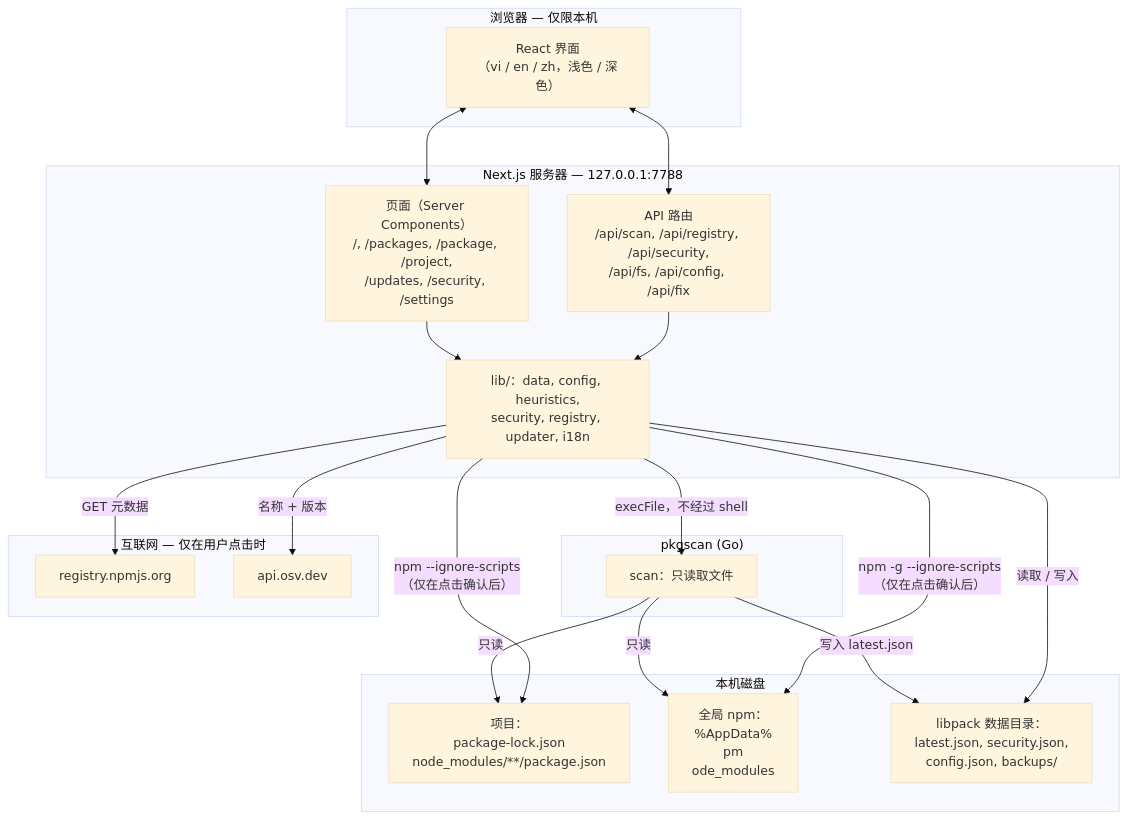
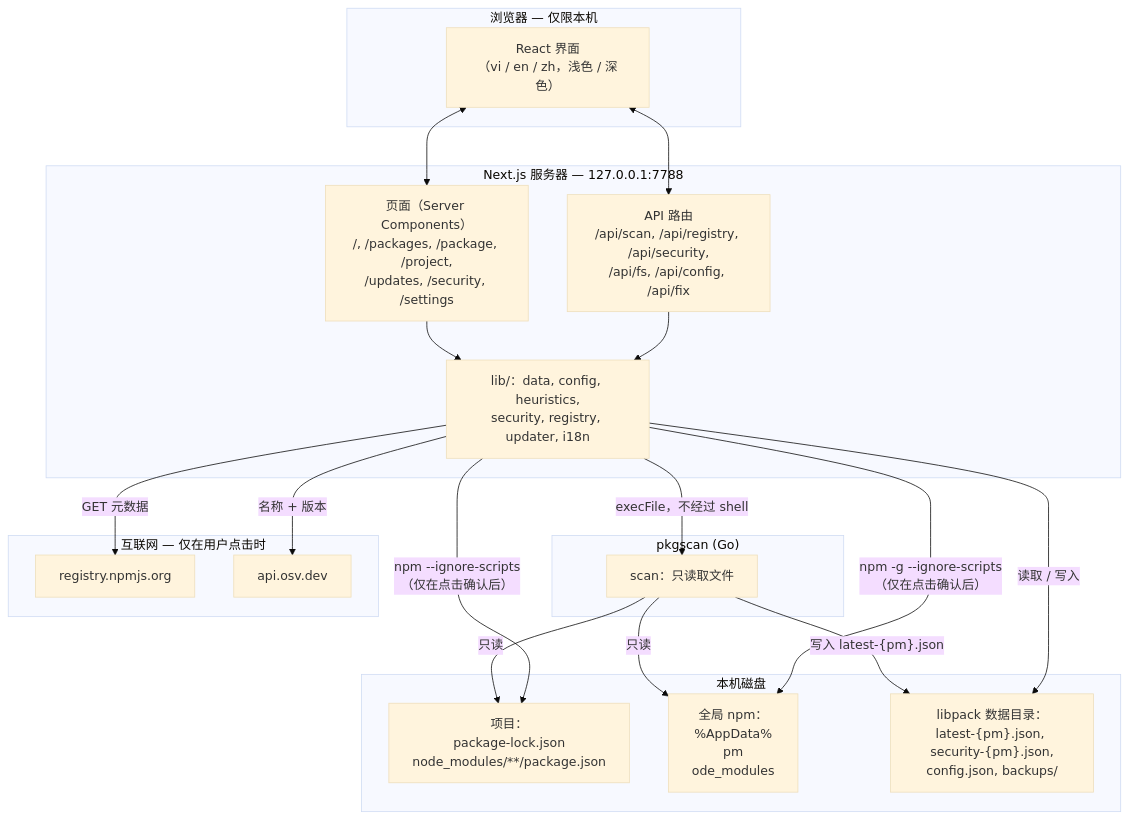
Before and after one commit to phanhuyyy/libpack-guard: the diagram in docs/zh-CN/architecture.md, drawn with Mermaid (base theme). The commit also changed other lines of this file and 50 other files, not shown here.

````diff
--- a/docs/zh-CN/architecture.md
+++ b/docs/zh-CN/architecture.md
@@ -7,41 +7,41 @@
 ```mermaid
 flowchart TB
     subgraph Browser["浏览器 — 仅限本机"]
         UI["React 界面<br/>（vi / en / zh，浅色 / 深色）"]
     end
 
     subgraph Server["Next.js 服务器 — 127.0.0.1:7788"]
         Pages["页面（Server Components）<br/>/, /packages, /package, /project,<br/>/updates, /security, /settings"]
         API["API 路由<br/>/api/scan, /api/registry, /api/security,<br/>/api/fs, /api/config, /api/fix"]
         Lib["lib/：data, config, heuristics,<br/>security, registry, updater, i18n"]
     end
 
     subgraph Agent["pkgscan (Go)"]
         Scan["scan：只读取文件"]
     end
 
     subgraph Disk["本机磁盘"]
         Projects["项目：<br/>package-lock.json<br/>node_modules/**/package.json"]
         Global["全局 npm：<br/>%AppData%\npm\node_modules"]
-        DataDir["libpack 数据目录：<br/>latest.json, security.json,<br/>config.json, backups/"]
+        DataDir["libpack 数据目录：<br/>latest-{pm}.json, security-{pm}.json,<br/>config.json, backups/"]
     end
 
     subgraph Internet["互联网 — 仅在用户点击时"]
         Registry["registry.npmjs.org"]
         OSV["api.osv.dev"]
     end
 
     UI <--> Pages
     UI <--> API
     Pages --> Lib
     API --> Lib
     Lib -- "execFile，不经过 shell" --> Scan
     Scan -- "只读" --> Projects
     Scan -- "只读" --> Global
-    Scan -- "写入 latest.json" --> DataDir
+    Scan -- "写入 latest-{pm}.json" --> DataDir
     Lib -- "读取 / 写入" --> DataDir
     Lib -- "GET 元数据" --> Registry
     Lib -- "名称 + 版本" --> OSV
     Lib -- "npm --ignore-scripts<br/>（仅在点击确认后）" --> Projects
     Lib -- "npm -g --ignore-scripts<br/>（仅在点击确认后）" --> Global
 ```
````
